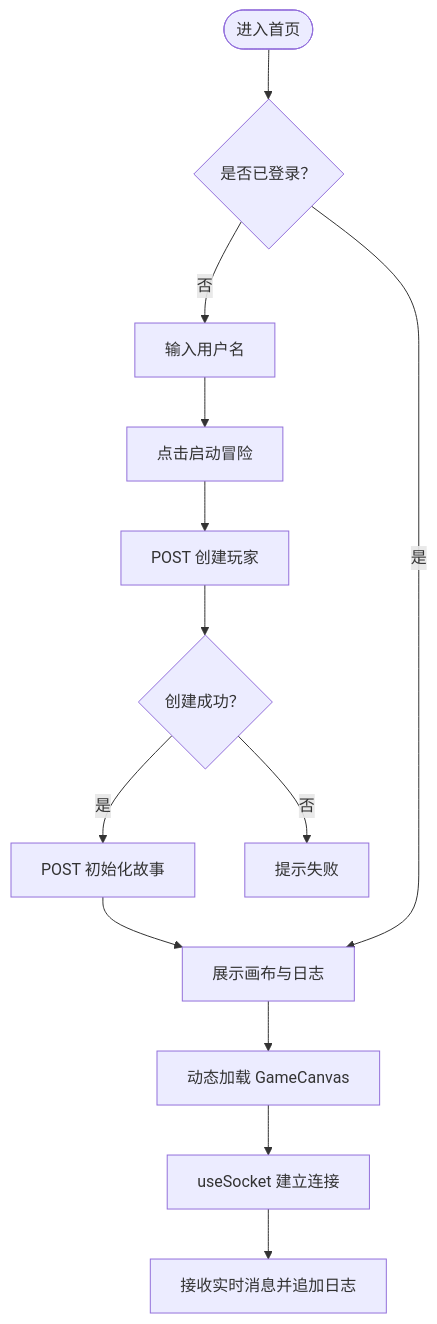
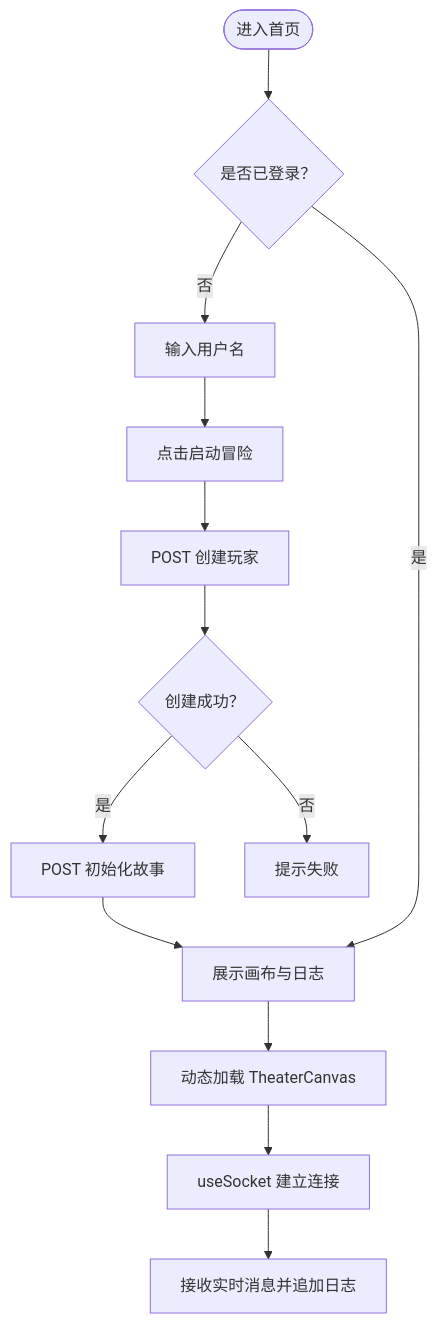
Before and after one commit to KunLabAI/KunFlix: the third of 14 diagrams in .qoder/repowiki/zh/content/前端开发指南/前端开发指南.md, drawn with Mermaid. The commit also changed other lines of this file and 112 other files, not shown here.

````diff
--- a/.qoder/repowiki/zh/content/前端开发指南/前端开发指南.md
+++ b/.qoder/repowiki/zh/content/前端开发指南/前端开发指南.md
@@ -193,15 +193,15 @@
 ```mermaid
 flowchart TD
 Start(["进入首页"]) --> CheckLogin{"是否已登录？"}
 CheckLogin --> |否| Input["输入用户名"]
 Input --> ClickStart["点击启动冒险"]
 ClickStart --> CreateUser["POST 创建玩家"]
 CreateUser --> Ok{"创建成功？"}
 Ok --> |是| InitStory["POST 初始化故事"]
 InitStory --> ShowUI["展示画布与日志"]
 Ok --> |否| Alert["提示失败"]
 CheckLogin --> |是| ShowUI
-ShowUI --> RenderCanvas["动态加载 GameCanvas"]
+ShowUI --> RenderCanvas["动态加载 TheaterCanvas"]
 RenderCanvas --> WSConnect["useSocket 建立连接"]
 WSConnect --> ReceiveMsg["接收实时消息并追加日志"]
 ```
````
